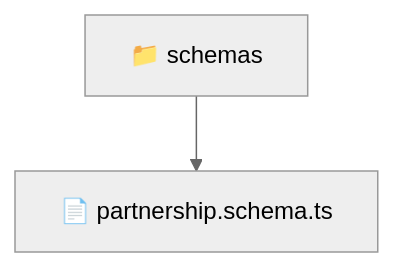
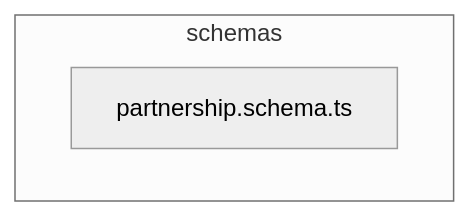
One commit to beginwebdev2002/fullstack-mavluda changed the diagram in backend/src/modules/partnership/infrastructure/schemas/README.md. Above: the diagram before and after it, drawn with Mermaid (neutral theme). The commit also changed other lines of this file and 163 other files, not shown here.

````diff
--- a/backend/src/modules/partnership/infrastructure/schemas/README.md
+++ b/backend/src/modules/partnership/infrastructure/schemas/README.md
@@ -9,5 +15,6 @@
 ```mermaid
 graph TD
-  Root["📁 schemas"]
-  Root --> partnership_schema_ts["📄 partnership.schema.ts"]
+  subgraph schemas
+    partnership_schema_ts["partnership.schema.ts"]
+  end
 ```
````
